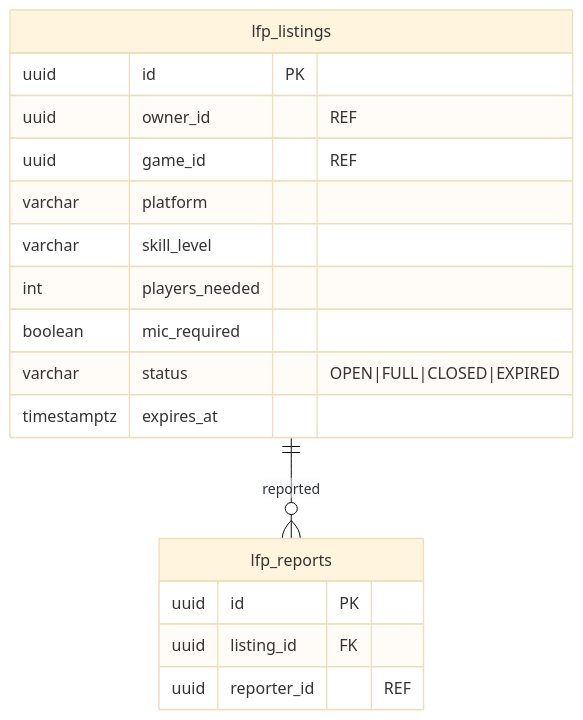
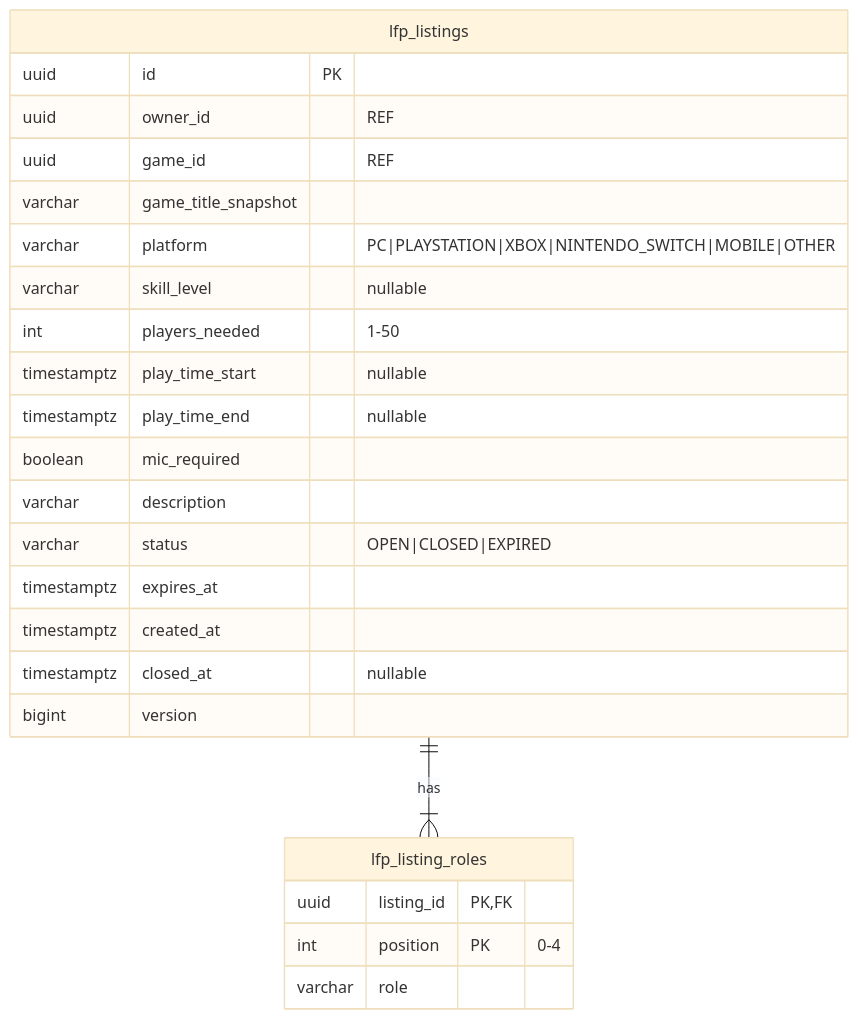
Diagram 15 of 32 in docs/er-diagram.md (alperrte/lobbytwozero), drawn with Mermaid (base theme) before and after one commit. The commit also changed other lines of this file and 52 other files, not shown here.

````diff
--- a/docs/er-diagram.md
+++ b/docs/er-diagram.md
@@ -829,21 +829,28 @@
 ```mermaid
 erDiagram
-  lfp_listings ||--o{ lfp_reports : reported
+  lfp_listings ||--|{ lfp_listing_roles : has
 
   lfp_listings {
     uuid id PK
     uuid owner_id "REF"
     uuid game_id "REF"
-    varchar platform
-    varchar skill_level
-    int players_needed
+    varchar game_title_snapshot
+    varchar platform "PC|PLAYSTATION|XBOX|NINTENDO_SWITCH|MOBILE|OTHER"
+    varchar skill_level "nullable"
+    int players_needed "1-50"
+    timestamptz play_time_start "nullable"
+    timestamptz play_time_end "nullable"
     boolean mic_required
-    varchar status "OPEN|FULL|CLOSED|EXPIRED"
+    varchar description
+    varchar status "OPEN|CLOSED|EXPIRED"
     timestamptz expires_at
+    timestamptz created_at
+    timestamptz closed_at "nullable"
+    bigint version
   }
-  lfp_reports {
-    uuid id PK
-    uuid listing_id FK
-    uuid reporter_id "REF"
+  lfp_listing_roles {
+    uuid listing_id PK,FK
+    int position PK "0-4"
+    varchar role
   }
 ```
````
